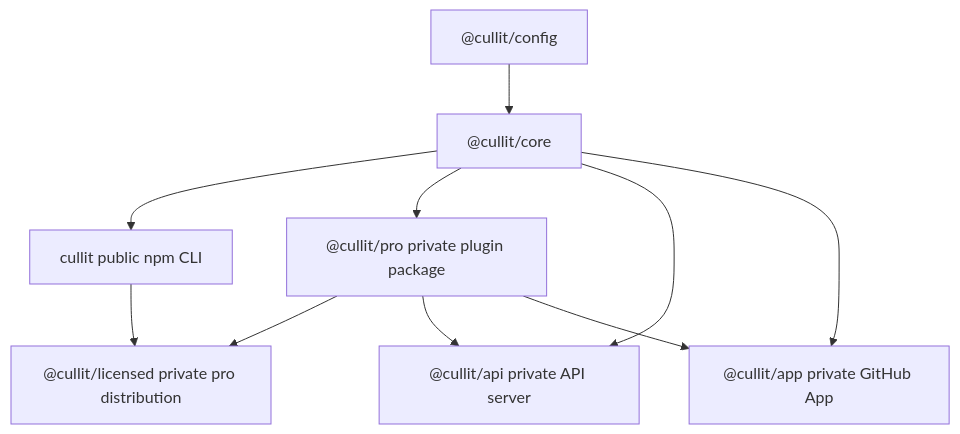
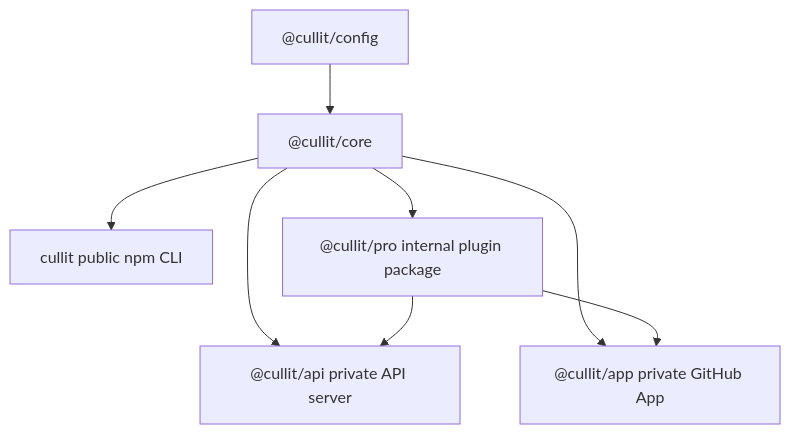
One commit to actions-marketplace-validations/mttaylor_cullit changed the first of 6 diagrams in architecture-docs/ARCHITECTURE_INTERNAL.md. Above: the diagram before and after it, drawn with Mermaid. The commit also changed other lines of this file and 66 other files, not shown here.

````diff
--- a/architecture-docs/ARCHITECTURE_INTERNAL.md
+++ b/architecture-docs/ARCHITECTURE_INTERNAL.md
@@ -17,20 +17,17 @@
 ```mermaid
 flowchart TD
   Cfg["@cullit/config"]
   Core["@cullit/core"]
   Cli["cullit public npm CLI"]
-  Pro["@cullit/pro private plugin package"]
-  Lic["@cullit/licensed private pro distribution"]
+  Pro["@cullit/pro internal plugin package"]
   Api["@cullit/api private API server"]
   App["@cullit/app private GitHub App"]
 
   Cfg --> Core
   Core --> Cli
   Core --> Pro
-  Pro --> Lic
-  Cli --> Lic
   Core --> Api
   Pro --> Api
   Core --> App
   Pro --> App
 ```
````
